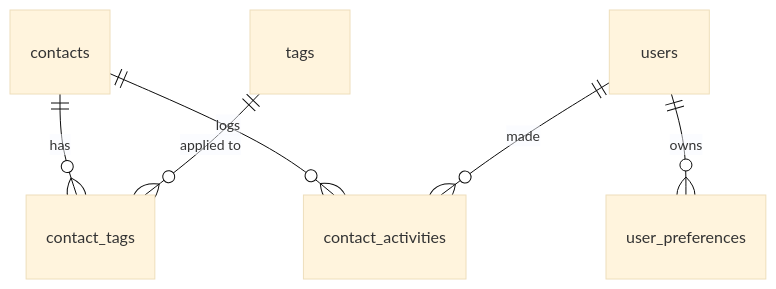
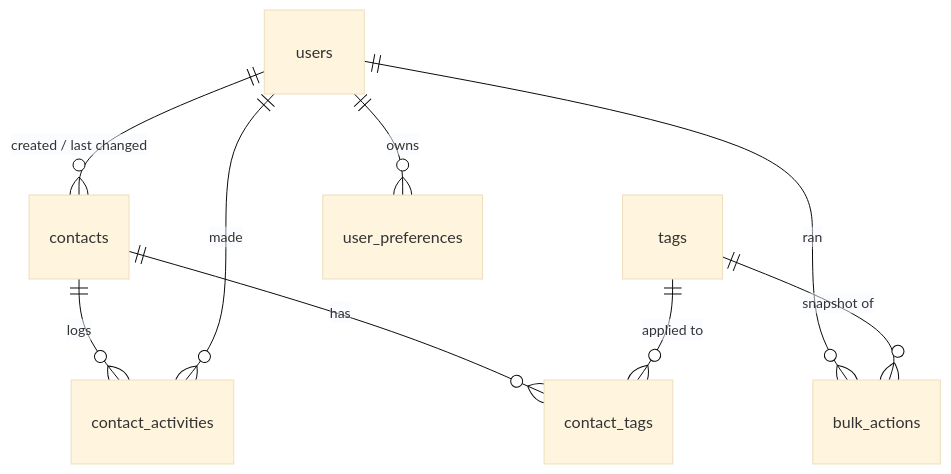
The fifth of 5 diagrams in docs/ARCHITECTURE.md (akashmishra242/crm-workspace), drawn with Mermaid (base theme) before and after one commit. The commit also changed other lines of this file and 1 other file, not shown here.

First line of the commit message:
Rewrite the README and architecture notes

````diff
--- a/docs/ARCHITECTURE.md
+++ b/docs/ARCHITECTURE.md
@@ -48,8 +394,11 @@
 ```mermaid
 erDiagram
   contacts ||--o{ contact_tags : has
   tags ||--o{ contact_tags : "applied to"
   contacts ||--o{ contact_activities : logs
   users ||--o{ contact_activities : made
+  users ||--o{ contacts : "created / last changed"
+  users ||--o{ bulk_actions : ran
+  tags ||--o{ bulk_actions : "snapshot of"
   users ||--o{ user_preferences : owns
 ```
````
